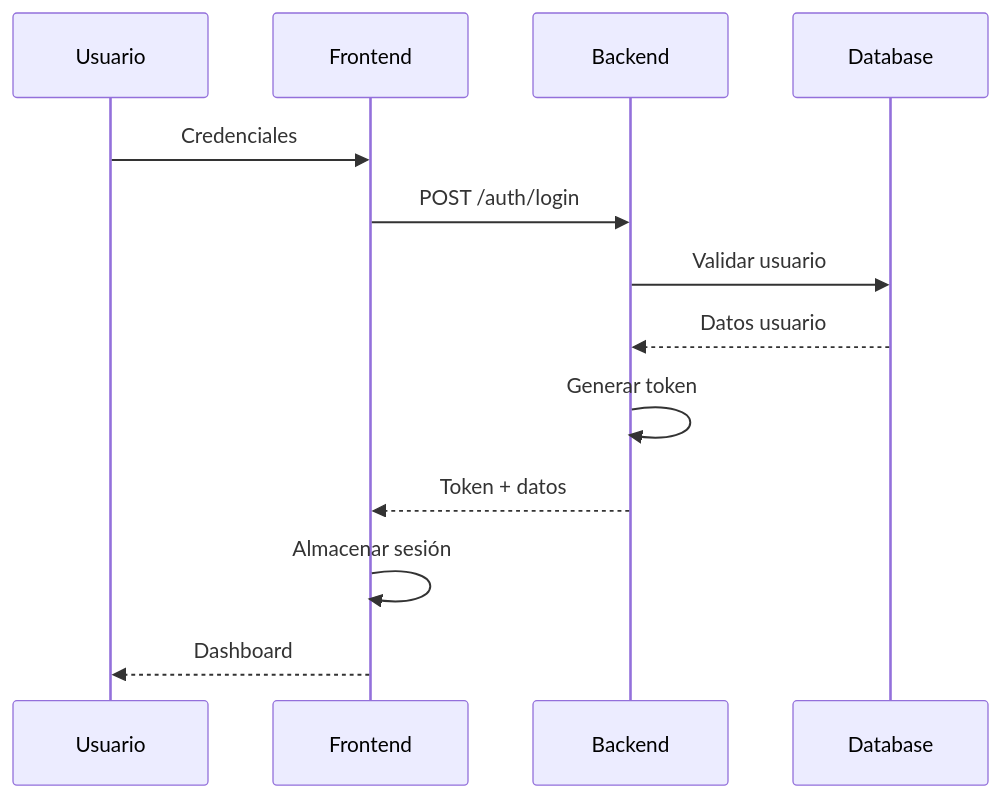
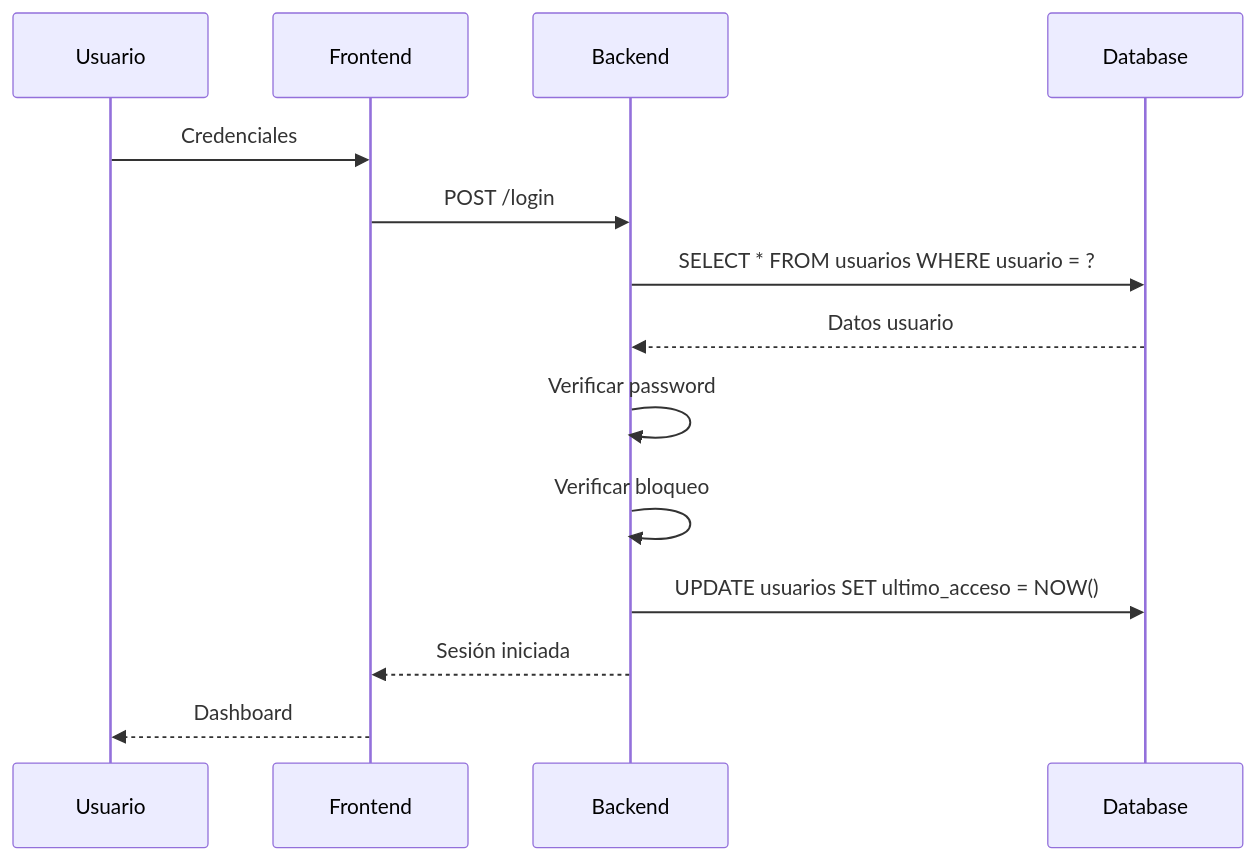
One commit to rulos26/ModuStackVisit_2 changed the first of 2 diagrams in DOCUMENTACION_COMPLETA_SISTEMA.md. Above: the diagram before and after it, drawn with Mermaid. The commit also changed other lines of this file, not shown here.

````diff
--- a/DOCUMENTACION_COMPLETA_SISTEMA.md
+++ b/DOCUMENTACION_COMPLETA_SISTEMA.md
@@ -72,16 +238,17 @@
 ```mermaid
 sequenceDiagram
     participant U as Usuario
     participant F as Frontend
     participant B as Backend
     participant D as Database
     
     U->>F: Credenciales
-    F->>B: POST /auth/login
-    B->>D: Validar usuario
+    F->>B: POST /login
+    B->>D: SELECT * FROM usuarios WHERE usuario = ?
     D-->>B: Datos usuario
-    B->>B: Generar token
-    B-->>F: Token + datos
-    F->>F: Almacenar sesión
+    B->>B: Verificar password
+    B->>B: Verificar bloqueo
+    B->>D: UPDATE usuarios SET ultimo_acceso = NOW()
+    B-->>F: Sesión iniciada
     F-->>U: Dashboard
 ```
````
